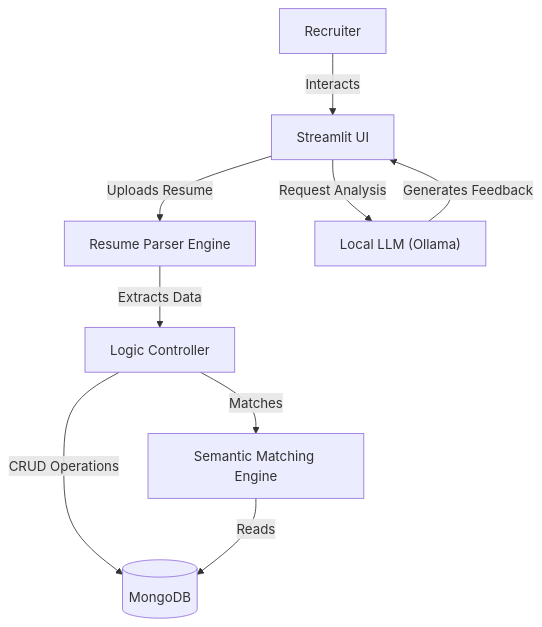
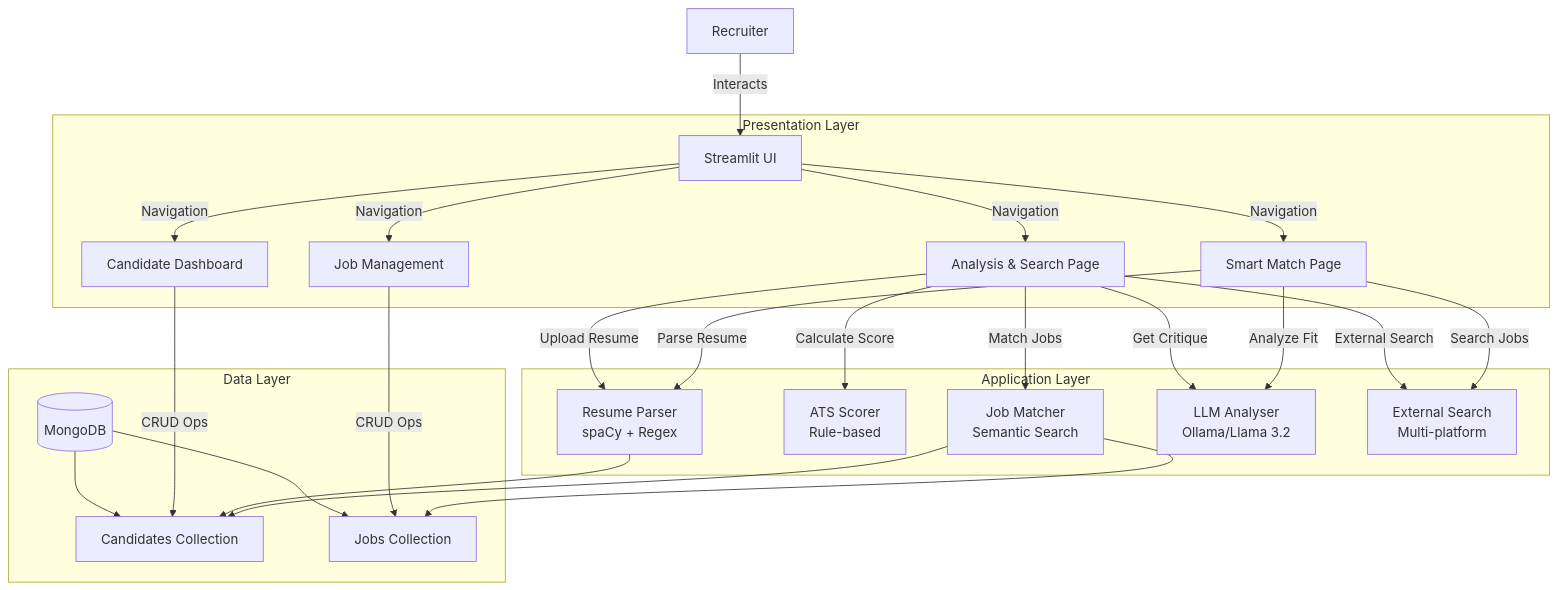
Before and after one commit to rajan170/ai-resume-analyzer: the first of 4 diagrams in tech_spec.md, drawn with Mermaid. The commit also changed other lines of this file and 5 other files, not shown here.

````diff
--- a/tech_spec.md
+++ b/tech_spec.md
@@ -15,11 +20,45 @@
 ```mermaid
 graph TD
     User[Recruiter] -->|Interacts| UI[Streamlit UI]
-    UI -->|Uploads Resume| Parser[Resume Parser Engine]
-    UI -->|Request Analysis| LLM["Local LLM (Ollama)"]
-    Parser -->|Extracts Data| Controller[Logic Controller]
-    Controller -->|CRUD Operations| DB[("MongoDB")]
-    Controller -->|Matches| Matcher[Semantic Matching Engine]
-    Matcher -->|Reads| DB
-    LLM -->|Generates Feedback| UI
+    
+    subgraph "Presentation Layer"
+        UI
+        UI -->|Navigation| P1[Analysis & Search Page]
+        UI -->|Navigation| P2[Candidate Dashboard]
+        UI -->|Navigation| P3[Job Management]
+        UI -->|Navigation| P4[Smart Match Page]
+    end
+    
+    subgraph "Application Layer"
+        Parser[Resume Parser<br/>spaCy + Regex]
+        Scorer[ATS Scorer<br/>Rule-based]
+        Matcher[Job Matcher<br/>Semantic Search]
+        LLM[LLM Analyser<br/>Ollama/Llama 3.2]
+        ExtSearch[External Search<br/>Multi-platform]
+    end
+    
+    subgraph "Data Layer"
+        DB[(MongoDB)]
+        CandColl[Candidates Collection]
+        JobColl[Jobs Collection]
+        DB --> CandColl
+        DB --> JobColl
+    end
+    
+    P1 -->|Upload Resume| Parser
+    P1 -->|Calculate Score| Scorer
+    P1 -->|Get Critique| LLM
+    P1 -->|Match Jobs| Matcher
+    P1 -->|External Search| ExtSearch
+    
+    P2 -->|CRUD Ops| CandColl
+    P3 -->|CRUD Ops| JobColl
+    
+    P4 -->|Parse Resume| Parser
+    P4 -->|Analyze Fit| LLM
+    P4 -->|Search Jobs| ExtSearch
+    
+    Parser --> CandColl
+    Matcher --> JobColl
+    Matcher --> CandColl
 ```
````
